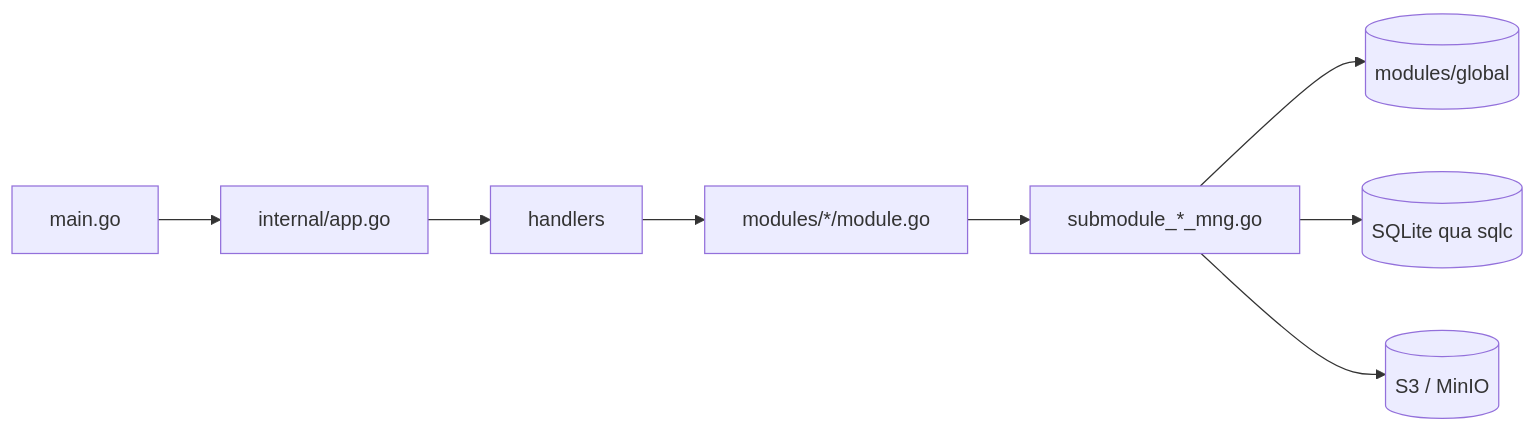
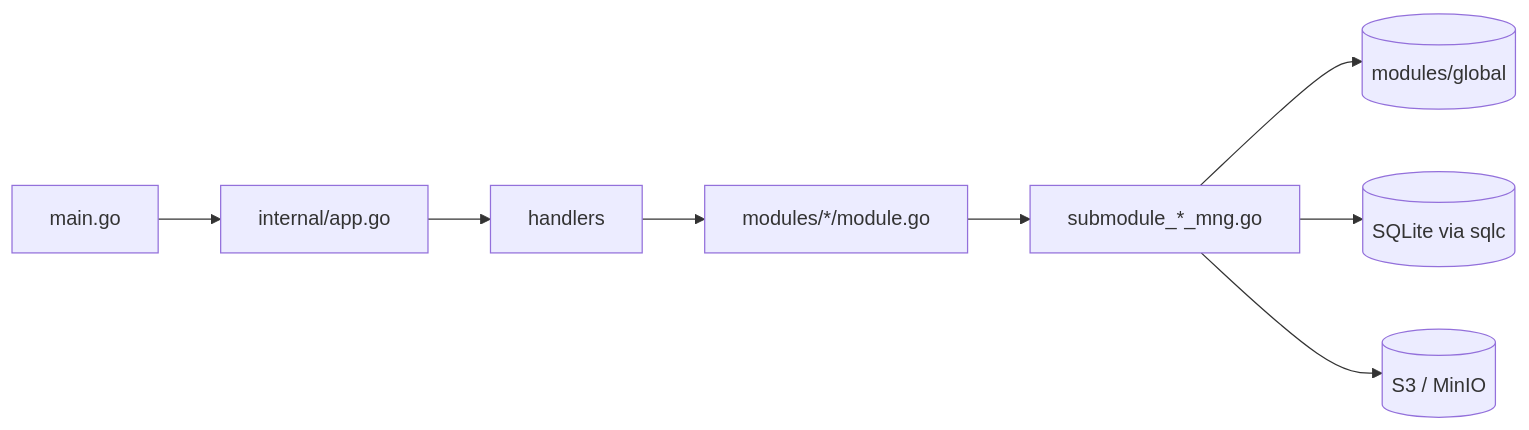
Before and after one commit to TranMinhTruyen/s3-browser: the diagram in docs/ARCHITECTURE.vi.md, drawn with Mermaid. The commit also changed other lines of this file and 493 other files, not shown here.

````diff
--- a/docs/ARCHITECTURE.vi.md
+++ b/docs/ARCHITECTURE.vi.md
@@ -38,10 +39,10 @@
 ```mermaid
 flowchart LR
   main[main.go] --> app[internal/app.go]
   app --> H[handlers]
   H --> M[modules/*/module.go]
   M --> S[submodule_*_mng.go]
   S --> G[(modules/global)]
-  S --> DB[(SQLite qua sqlc)]
+  S --> DB[(SQLite via sqlc)]
   S --> S3[(S3 / MinIO)]
 ```
````
